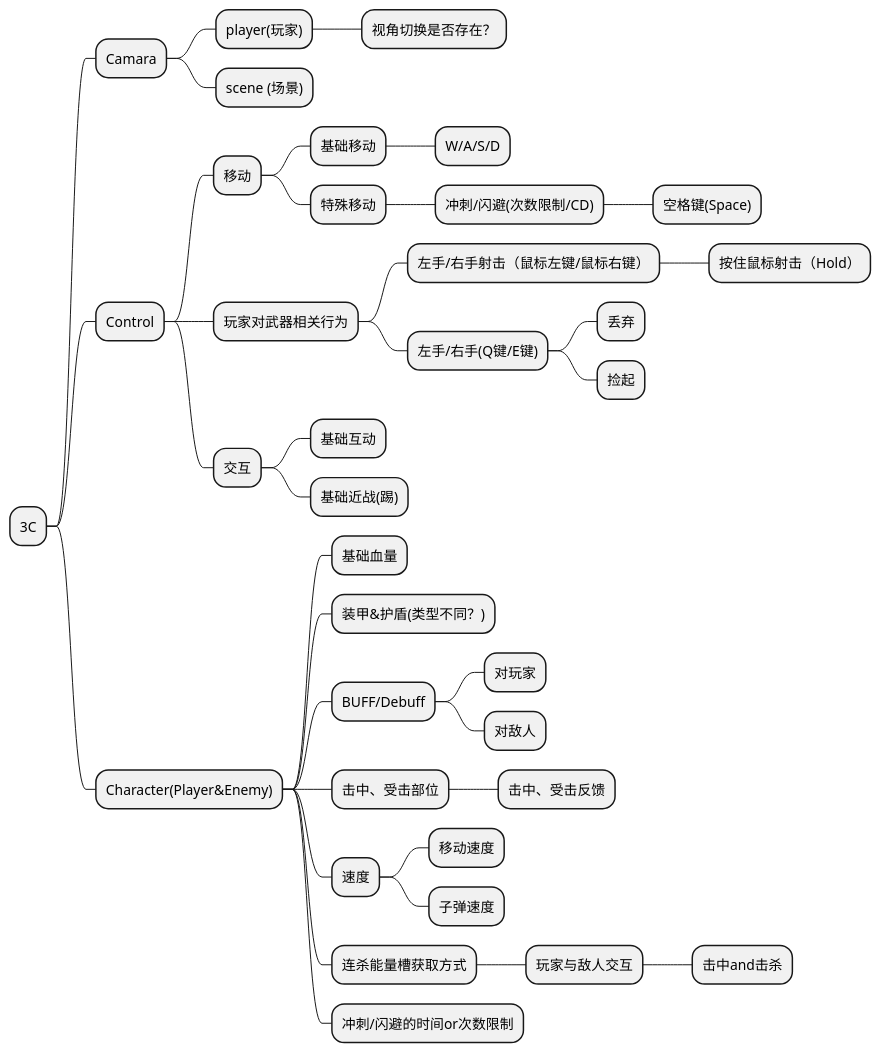
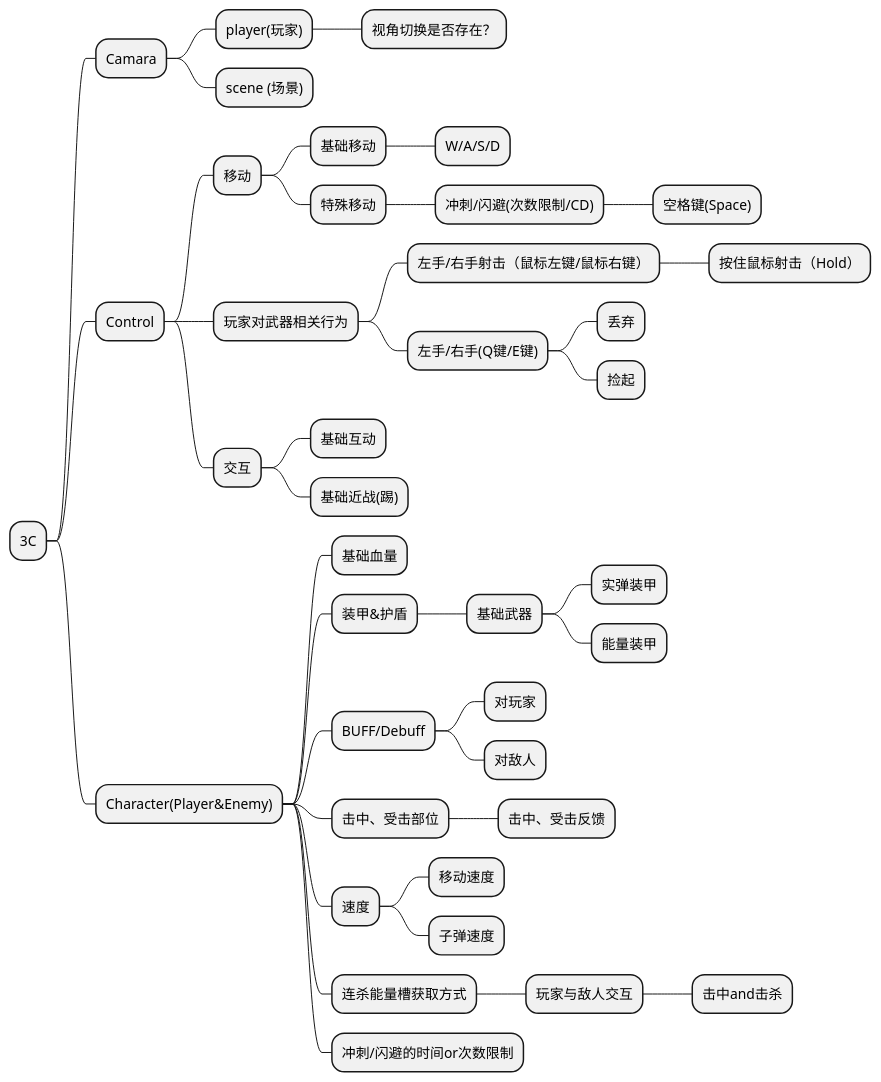
Before and after one commit to CGandGameEngineLearner/IronAngel: the first of 3 diagrams in 策划案.md, drawn with PlantUML. The commit also changed other lines of this file, not shown here.

````diff
--- a/策划案.md
+++ b/策划案.md
@@ -28,40 +28,43 @@
 ```plantuml
 @startmindmap
 * 3C
 ** Camara
 *** player(玩家)
 **** 视角切换是否存在？
 *** scene (场景)
 ** Control
 *** 移动
 **** 基础移动
 ***** W/A/S/D
 **** 特殊移动
 ***** 冲刺/闪避(次数限制/CD)
 ****** 空格键(Space)
 *** 玩家对武器相关行为
 **** 左手/右手射击（鼠标左键/鼠标右键）
 ***** 按住鼠标射击（Hold）
 **** 左手/右手(Q键/E键)
 ***** 丢弃
 ***** 捡起
 *** 交互
 **** 基础互动
 **** 基础近战(踢)
 ** Character(Player&Enemy)
 *** 基础血量
-*** 装甲&护盾(类型不同？)
+*** 装甲&护盾
+**** 基础武器
+***** 实弹装甲
+***** 能量装甲
 *** BUFF/Debuff
 **** 对玩家
 **** 对敌人
 *** 击中、受击部位
 **** 击中、受击反馈
 *** 速度
 **** 移动速度
 **** 子弹速度
 *** 连杀能量槽获取方式
 **** 玩家与敌人交互
 ***** 击中and击杀
 *** 冲刺/闪避的时间or次数限制
 @endmindmap
 ```
````
